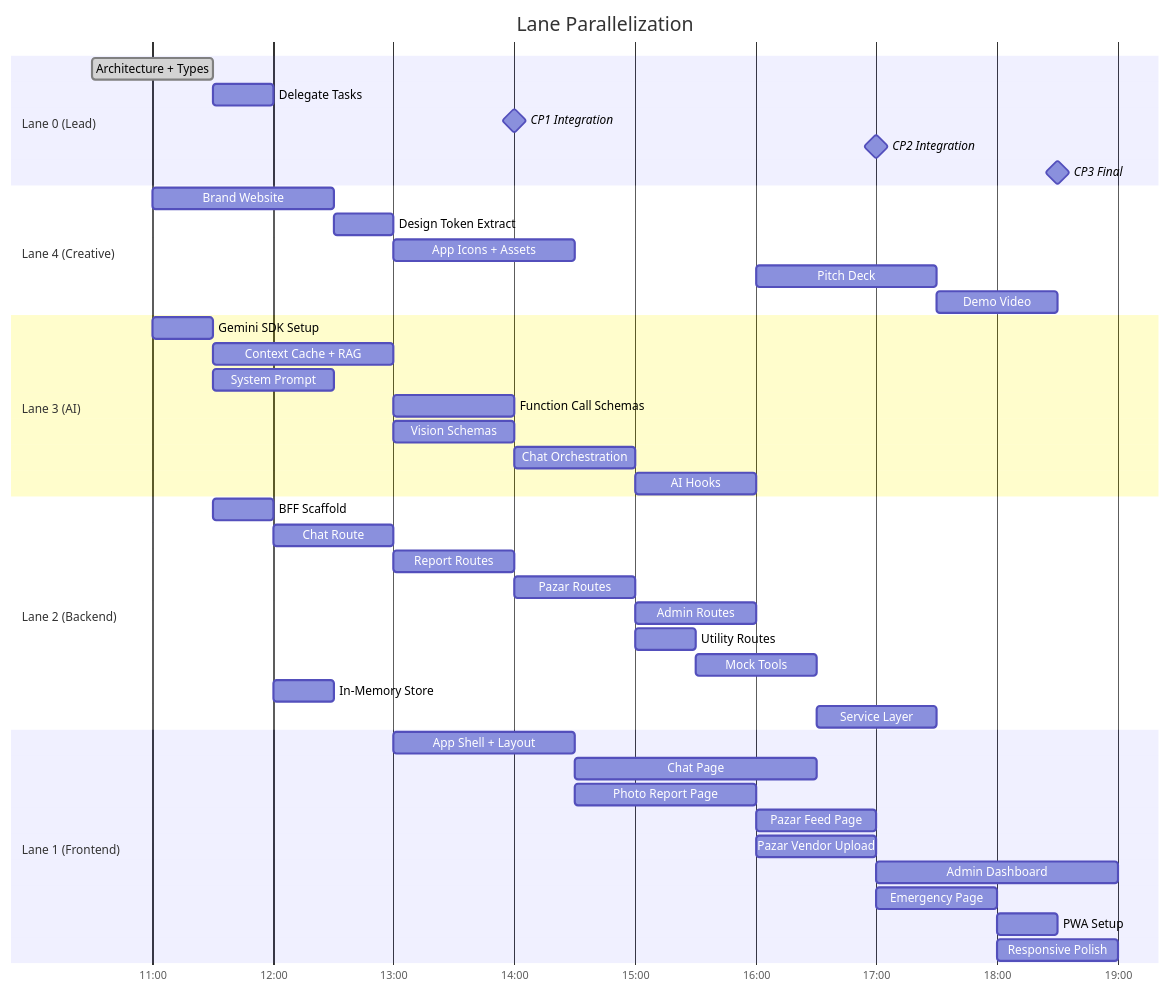
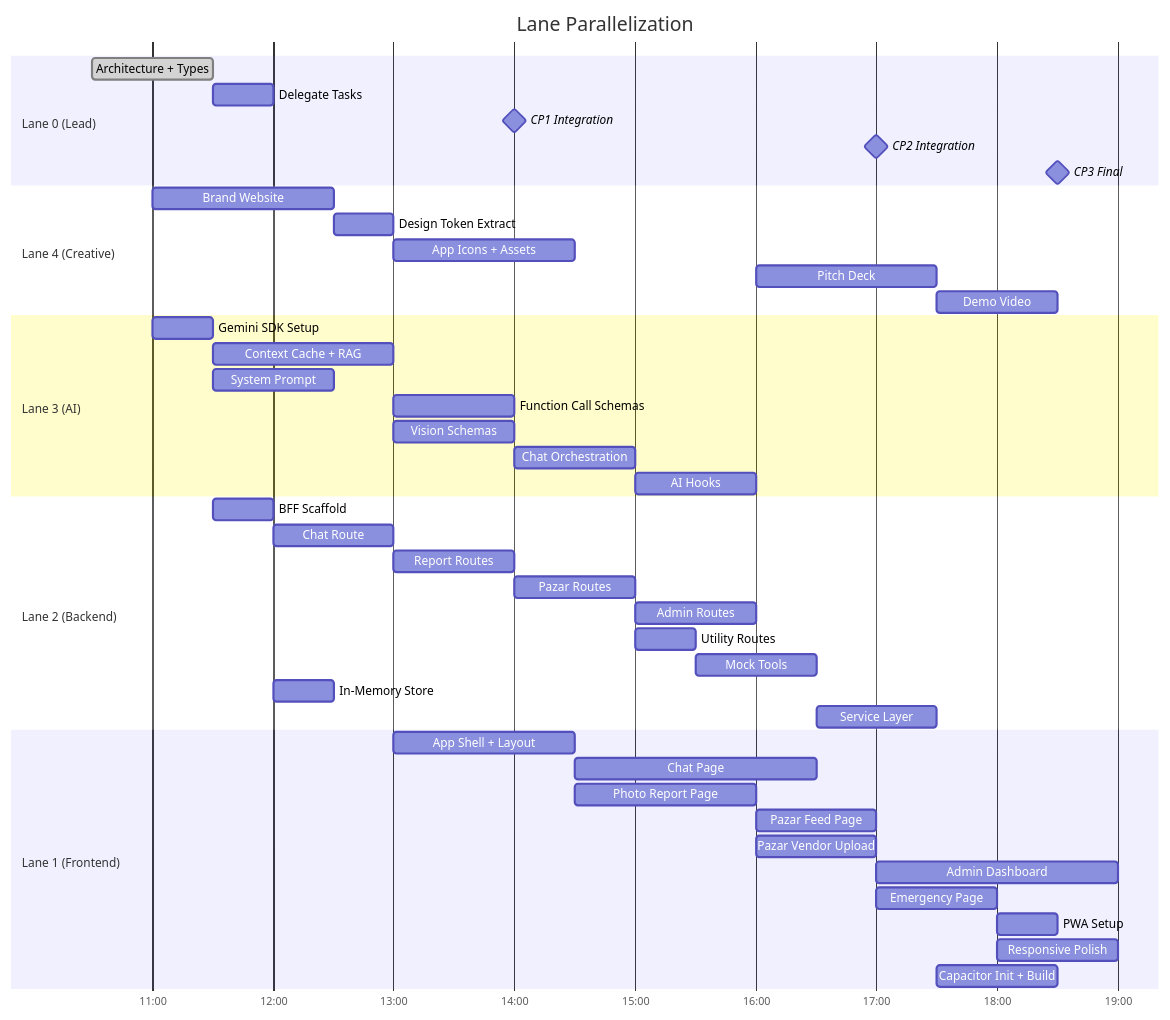
Before and after one commit to KarloHabek7/SheepAI-SplitAI: the second of 2 diagrams in Development_plans/MASTER_PLAN.md, drawn with Mermaid. The commit also changed other lines of this file and 3 other files, not shown here.

````diff
--- a/Development_plans/MASTER_PLAN.md
+++ b/Development_plans/MASTER_PLAN.md
@@ -108,51 +113,52 @@
 ```mermaid
 gantt
     title Lane Parallelization
     dateFormat HH:mm
     axisFormat %H:%M
 
     section Lane 0 (Lead)
     Architecture + Types           :done, l0t1, 10:30, 1h
     Delegate Tasks                 :l0t2, 11:30, 30m
     CP1 Integration                :milestone, cp1, 14:00, 0
     CP2 Integration                :milestone, cp2, 17:00, 0
     CP3 Final                      :milestone, cp3, 18:30, 0
 
     section Lane 4 (Creative)
     Brand Website                  :l4t1, 11:00, 1.5h
     Design Token Extract           :l4t2, 12:30, 30m
     App Icons + Assets             :l4t3, 13:00, 1.5h
     Pitch Deck                     :l4t5, 16:00, 1.5h
     Demo Video                     :l4t6, 17:30, 1h
 
     section Lane 3 (AI)
     Gemini SDK Setup               :l3t1, 11:00, 30m
     Context Cache + RAG            :l3t2, 11:30, 1.5h
     System Prompt                  :l3t3, 11:30, 1h
     Function Call Schemas          :l3t4, 13:00, 1h
     Vision Schemas                 :l3t5, 13:00, 1h
     Chat Orchestration             :l3t6, 14:00, 1h
     AI Hooks                       :l3t7, 15:00, 1h
 
     section Lane 2 (Backend)
     BFF Scaffold                   :l2t1, 11:30, 30m
     Chat Route                     :l2t2, 12:00, 1h
     Report Routes                  :l2t3, 13:00, 1h
     Pazar Routes                   :l2t4, 14:00, 1h
     Admin Routes                   :l2t5, 15:00, 1h
     Utility Routes                 :l2t6, 15:00, 30m
     Mock Tools                     :l2t7, 15:30, 1h
     In-Memory Store                :l2t8, 12:00, 30m
     Service Layer                  :l2t9, 16:30, 1h
 
     section Lane 1 (Frontend)
     App Shell + Layout             :l1t1, 13:00, 1.5h
     Chat Page                      :l1t2, 14:30, 2h
     Photo Report Page              :l1t3, 14:30, 1.5h
     Pazar Feed Page                :l1t4, 16:00, 1h
     Pazar Vendor Upload            :l1t5, 16:00, 1h
     Admin Dashboard                :l1t6, 17:00, 2h
     Emergency Page                 :l1t7, 17:00, 1h
     PWA Setup                      :l1t8, 18:00, 30m
     Responsive Polish              :l1t9, 18:00, 1h
+    Capacitor Init + Build         :l1t10, 17:30, 1h
 ```
````
